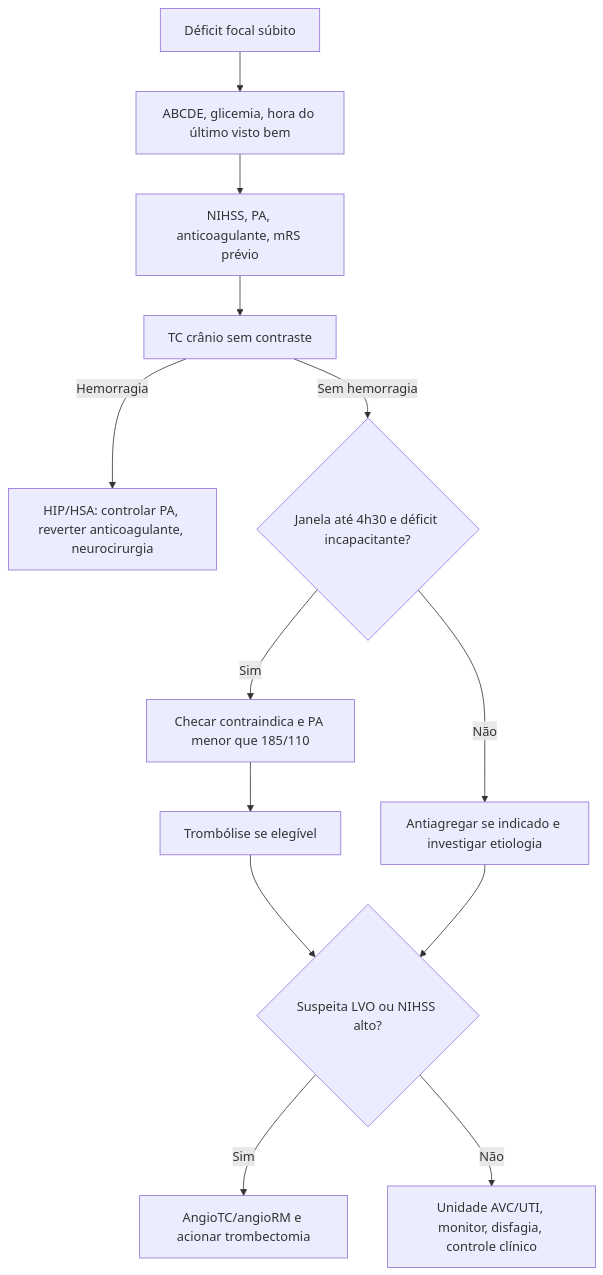
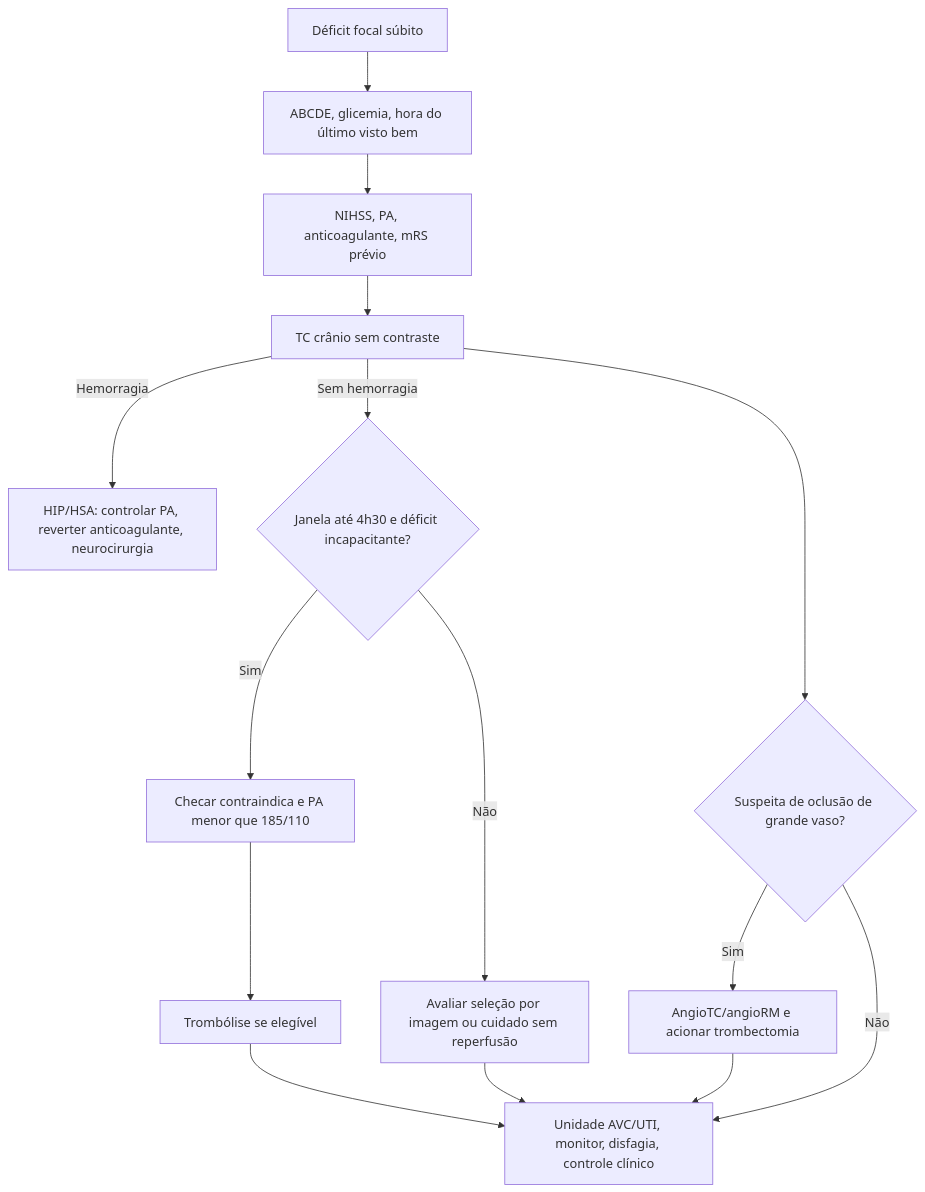
One commit to ThiagoPersona/emergencia26 changed the first of 3 diagrams in Intensivao/temas/007_emergencias-neurologicas.md. Above: the diagram before and after it, drawn with Mermaid. The commit also changed other lines of this file and 5 other files, not shown here.

````diff
--- a/Intensivao/temas/007_emergencias-neurologicas.md
+++ b/Intensivao/temas/007_emergencias-neurologicas.md
@@ -150,15 +157,17 @@
 ```mermaid
 flowchart TD
     A[Déficit focal súbito] --> B[ABCDE, glicemia, hora do último visto bem]
     B --> C[NIHSS, PA, anticoagulante, mRS prévio]
     C --> D[TC crânio sem contraste]
     D -->|Hemorragia| E[HIP/HSA: controlar PA, reverter anticoagulante, neurocirurgia]
     D -->|Sem hemorragia| F{Janela até 4h30 e déficit incapacitante?}
     F -->|Sim| G[Checar contraindica e PA menor que 185/110]
     G --> H[Trombólise se elegível]
-    F -->|Não| I[Antiagregar se indicado e investigar etiologia]
-    H --> J{Suspeita LVO ou NIHSS alto?}
-    I --> J
+    F -->|Não| I[Avaliar seleção por imagem ou cuidado sem reperfusão]
+    D --> J{Suspeita de oclusão de grande vaso?}
     J -->|Sim| K[AngioTC/angioRM e acionar trombectomia]
     J -->|Não| L[Unidade AVC/UTI, monitor, disfagia, controle clínico]
+    H --> L
+    I --> L
+    K --> L
 ```
````
